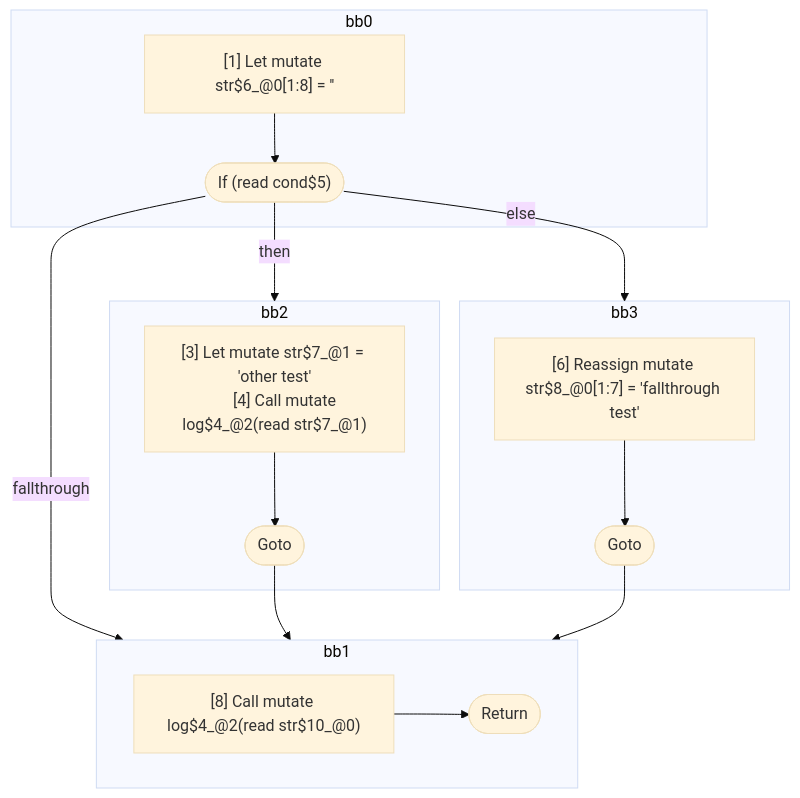
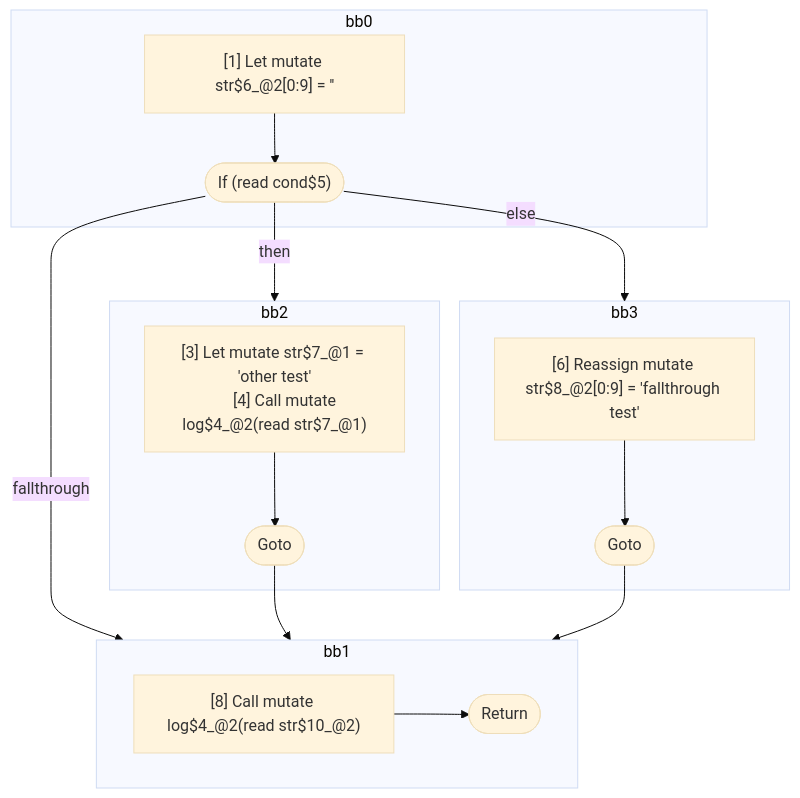
One commit to wutsmog/private changed the second of 2 diagrams in compiler/forget/src/__tests__/fixtures/hir/ssa-shadowing.expect.md. Above: the diagram before and after it, drawn with Mermaid (base theme). The commit also changed other lines of this file and 30 other files, not shown here.

First line of the commit message:
Merge scopes that interleave or cross control-flow boundaries together

````diff
--- a/compiler/forget/src/__tests__/fixtures/hir/ssa-shadowing.expect.md
+++ b/compiler/forget/src/__tests__/fixtures/hir/ssa-shadowing.expect.md
@@ -70,37 +70,37 @@
 ```mermaid
 flowchart TB
   %% Basic Blocks
   subgraph bb0
     bb0_instrs["
-      [1] Let mutate str$6_@0[1:8] = ''
+      [1] Let mutate str$6_@2[0:9] = ''
     "]
     bb0_instrs --> bb0_terminal(["If (read cond$5)"])
   end
   subgraph bb2
     bb2_instrs["
       [3] Let mutate str$7_@1 = 'other test'
       [4] Call mutate log$4_@2(read str$7_@1)
     "]
     bb2_instrs --> bb2_terminal(["Goto"])
   end
   subgraph bb3
     bb3_instrs["
-      [6] Reassign mutate str$8_@0[1:7] = 'fallthrough test'
+      [6] Reassign mutate str$8_@2[0:9] = 'fallthrough test'
     "]
     bb3_instrs --> bb3_terminal(["Goto"])
   end
   subgraph bb1
     bb1_instrs["
-      [8] Call mutate log$4_@2(read str$10_@0)
+      [8] Call mutate log$4_@2(read str$10_@2)
     "]
     bb1_instrs --> bb1_terminal(["Return"])
   end
 
   %% Jumps
   bb0_terminal -- "then" --> bb2
   bb0_terminal -- "else" --> bb3
   bb0_terminal -- "fallthrough" --> bb1
   bb2_terminal --> bb1
   bb3_terminal --> bb1
 
 ```
````
